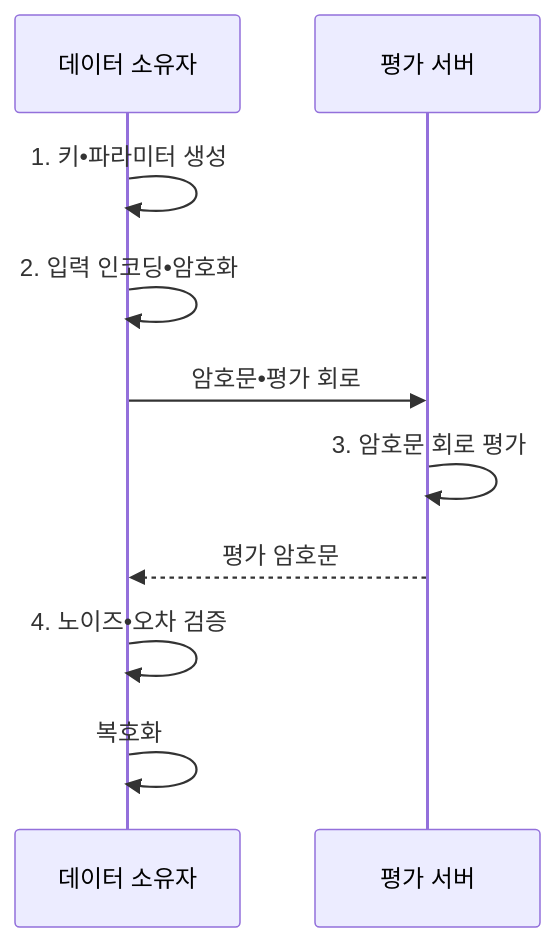
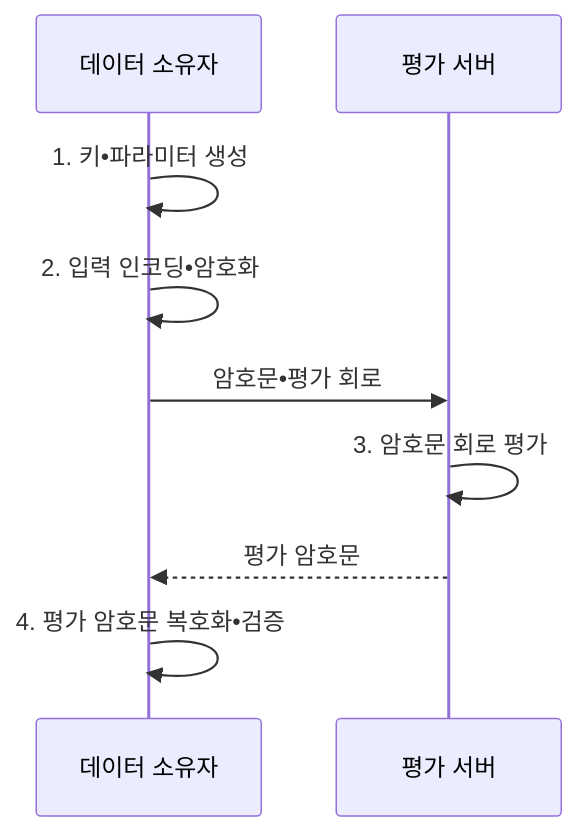
Before and after one commit to agnusdei1207/knowledge-base: the second of 2 diagrams in src/content/docs/notes/05-security/015_homomorphic_encryption.md, drawn with Mermaid. The commit also changed other lines of this file and 7 other files, not shown here.

````diff
--- a/src/content/docs/notes/05-security/015_homomorphic_encryption.md
+++ b/src/content/docs/notes/05-security/015_homomorphic_encryption.md
@@ -103,12 +103,11 @@
 ```mermaid
 sequenceDiagram
     participant O as 데이터 소유자
     participant E as 평가 서버
     O->>O: 1. 키•파라미터 생성
     O->>O: 2. 입력 인코딩•암호화
     O->>E: 암호문•평가 회로
     E->>E: 3. 암호문 회로 평가
     E-->>O: 평가 암호문
-    O->>O: 4. 노이즈•오차 검증
-    O->>O: 복호화
+    O->>O: 4. 평가 암호문 복호화•검증
 ```
````
